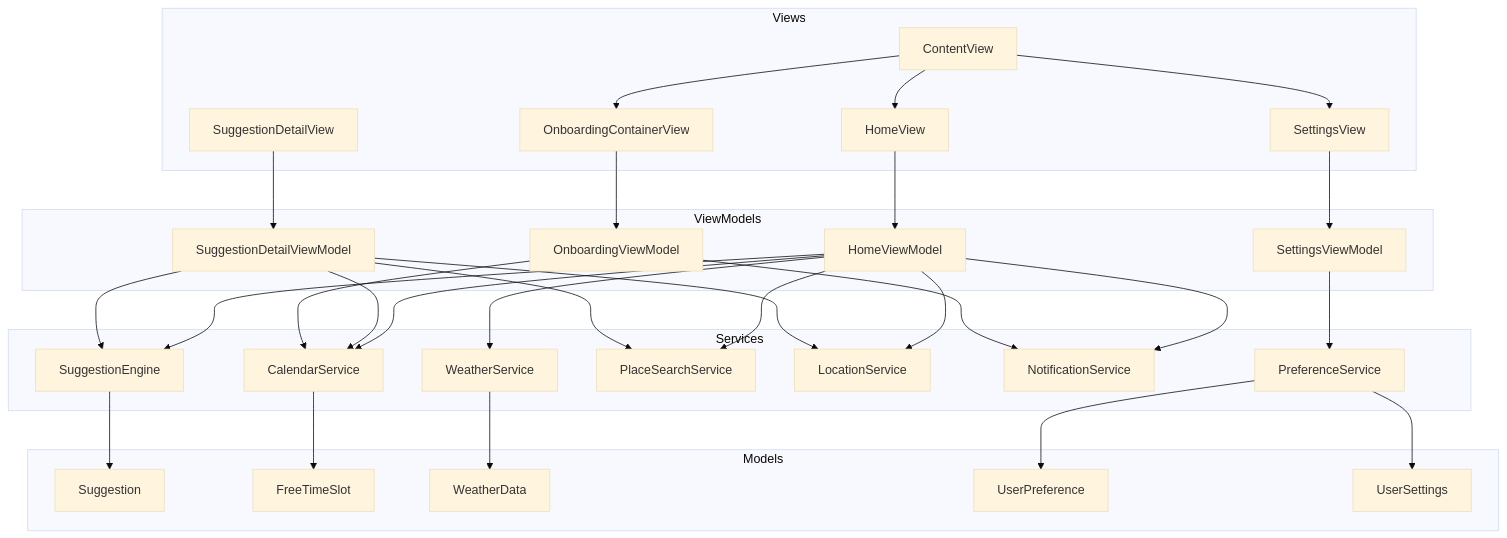
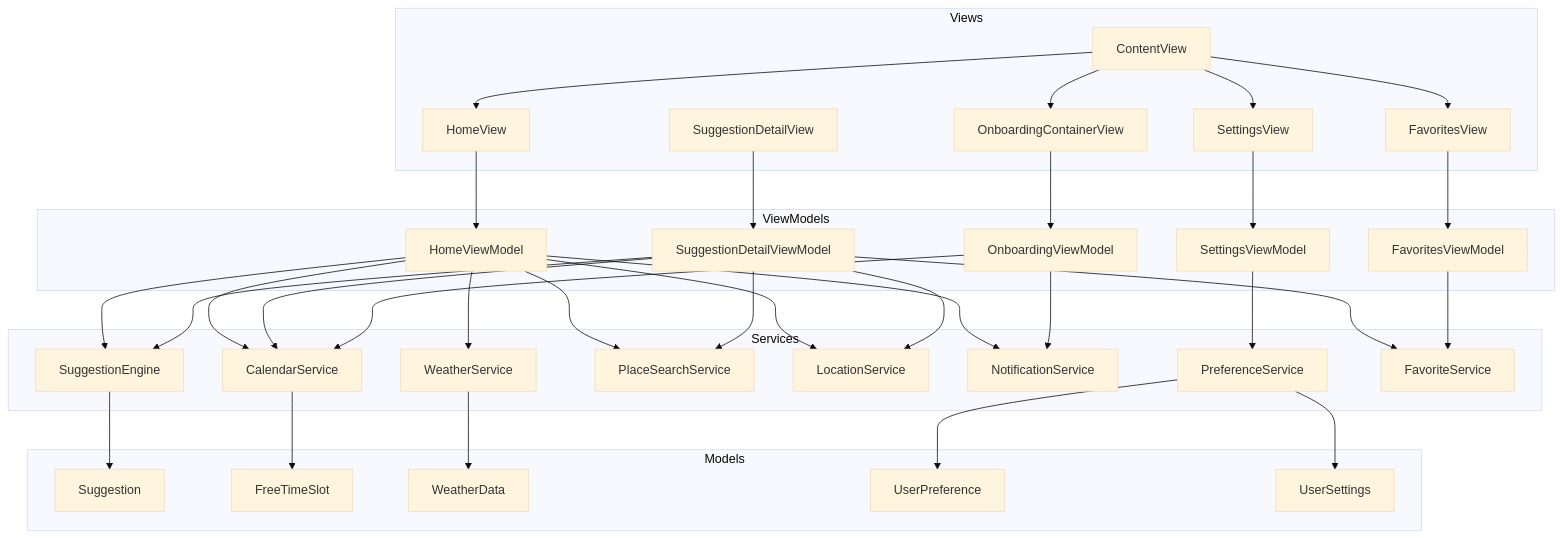
The first of 2 diagrams in docs/architecture/architecture-overview.md (Ken-Miyamura/serendipity-planner), drawn with Mermaid (base theme) before and after one commit. The commit also changed other lines of this file and 4 other files, not shown here.

````diff
--- a/docs/architecture/architecture-overview.md
+++ b/docs/architecture/architecture-overview.md
@@ -7,65 +7,73 @@
 ```mermaid
 graph TD
     subgraph Views
         CV[ContentView]
         HV[HomeView]
         SDV[SuggestionDetailView]
+        FV[FavoritesView]
         SV[SettingsView]
         OV[OnboardingContainerView]
     end
 
     subgraph ViewModels
         HVM[HomeViewModel]
         SDVM[SuggestionDetailViewModel]
+        FVM[FavoritesViewModel]
         SVM[SettingsViewModel]
         OVM[OnboardingViewModel]
     end
 
     subgraph Services
         CS[CalendarService]
         WS[WeatherService]
         SE[SuggestionEngine]
         PS[PlaceSearchService]
         LS[LocationService]
         NS[NotificationService]
         PFS[PreferenceService]
+        FS[FavoriteService]
     end
 
     subgraph Models
         SG[Suggestion]
         FTS[FreeTimeSlot]
         WD[WeatherData]
         UP[UserPreference]
         US[UserSettings]
     end
 
     CV --> HV
+    CV --> FV
     CV --> SV
     CV --> OV
     HV --> HVM
     SDV --> SDVM
+    FV --> FVM
     SV --> SVM
     OV --> OVM
 
     HVM --> CS
     HVM --> WS
     HVM --> SE
     HVM --> PS
     HVM --> LS
     HVM --> NS
 
     SDVM --> SE
     SDVM --> PS
     SDVM --> CS
     SDVM --> LS
+    SDVM --> FS
+
+    FVM --> FS
 
     SVM --> PFS
     OVM --> CS
     OVM --> NS
 
     CS --> FTS
     WS --> WD
     SE --> SG
     PFS --> UP
     PFS --> US
 ```
````
